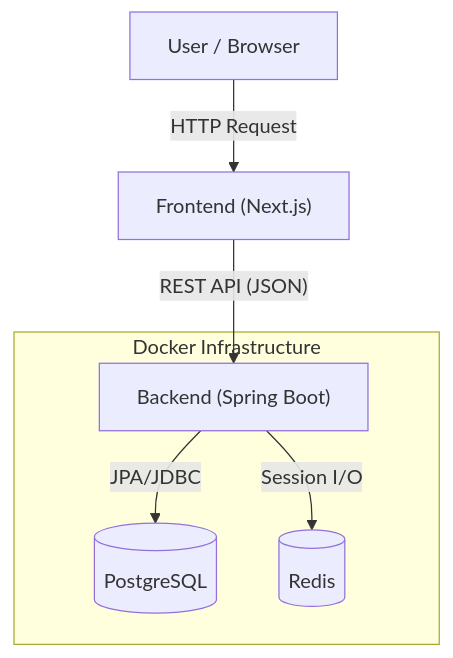
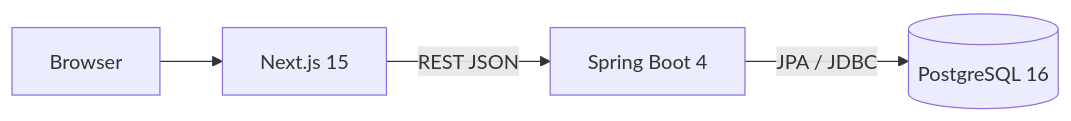
Before and after one commit to hihi213/dormmate_rebuild: the diagram in docs/20_Deliverables/01_System_Architecture.md, drawn with Mermaid. The commit also changed other lines of this file and 16 other files, not shown here.

`````diff
--- a/docs/20_Deliverables/01_System_Architecture.md
+++ b/docs/20_Deliverables/01_System_Architecture.md
@@ -3,10 +7,6 @@
 ```mermaid
-graph TD
-    User["User / Browser"] -->|HTTP Request| Client["Frontend (Next.js)"]
-    Client -->|"REST API (JSON)"| Server["Backend (Spring Boot)"]
-    
-    subgraph Docker Infrastructure
-        Server -->|"JPA/JDBC"| DB[("PostgreSQL")]
-        Server -->|"Session I/O"| Redis[("Redis")]
-    end
-````
+flowchart LR
+    User[Browser] --> Frontend[Next.js 15]
+    Frontend -->|REST JSON| Backend[Spring Boot 4]
+    Backend -->|JPA / JDBC| PostgreSQL[(PostgreSQL 16)]
+```
`````
